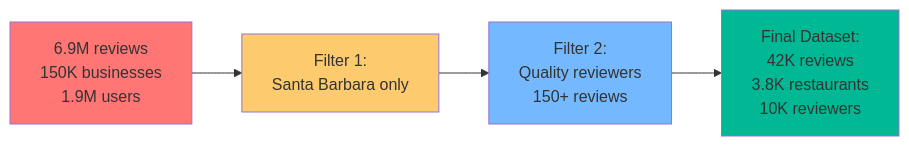
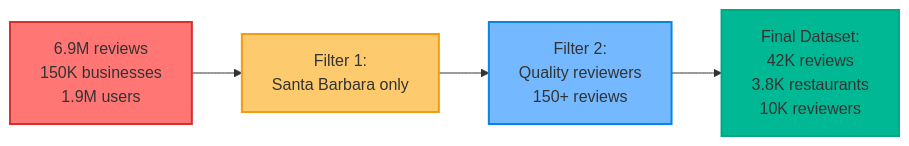
One commit to Vihaan8/dinelike_final_project changed the second of 8 diagrams in README.md. Above: the diagram before and after it, drawn with Mermaid. The commit also changed other lines of this file and 7 other files, not shown here.

````diff
--- a/README.md
+++ b/README.md
@@ -228,11 +276,11 @@
 ```mermaid
 graph LR
     A[6.9M reviews<br/>150K businesses<br/>1.9M users] --> B[Filter 1:<br/>Santa Barbara only]
     B --> C[Filter 2:<br/>Quality reviewers<br/>150+ reviews]
     C --> D[Final Dataset:<br/>42K reviews<br/>3.8K restaurants<br/>10K reviewers]
     
-    style A fill:#ff7675
-    style B fill:#fdcb6e
-    style C fill:#74b9ff
-    style D fill:#00b894
+    style A fill:#ff7675,stroke:#d63031,stroke-width:2px
+    style B fill:#fdcb6e,stroke:#f39c12,stroke-width:2px
+    style C fill:#74b9ff,stroke:#0984e3,stroke-width:2px
+    style D fill:#00b894,stroke:#00a884,stroke-width:2px
 ```
````
